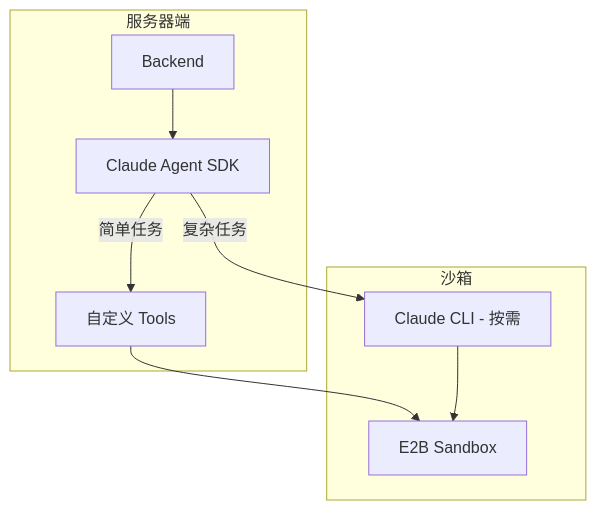
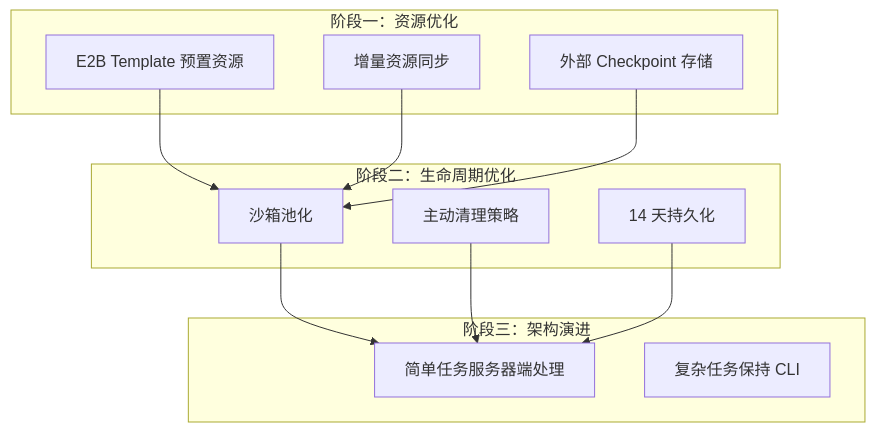
Diagram 23 of 23 in docs/sandbox-lifecycle-analysis.md (yy-dev7/claudex), drawn with Mermaid before and after one commit. The commit also changed other lines of this file, not shown here.

First line of the commit message:
Correct Manus architecture analysis based on research

````diff
--- a/docs/sandbox-lifecycle-analysis.md
+++ b/docs/sandbox-lifecycle-analysis.md
@@ -1099,20 +1231,26 @@
 ```mermaid
 graph TB
-    subgraph "服务器端"
-        BE[Backend]
-        SDK[Claude Agent SDK]
-        TOOLS[自定义 Tools]
+    subgraph "阶段一：资源优化"
+        O1[E2B Template 预置资源]
+        O2[增量资源同步]
+        O3[外部 Checkpoint 存储]
     end
 
-    subgraph "沙箱"
-        SB[E2B Sandbox]
-        CLI[Claude CLI - 按需]
+    subgraph "阶段二：生命周期优化"
+        O4[沙箱池化]
+        O5[主动清理策略]
+        O6[14 天持久化]
     end
 
-    BE --> SDK
-    SDK -->|简单任务| TOOLS
-    TOOLS --> SB
+    subgraph "阶段三：架构演进"
+        O7[简单任务服务器端处理]
+        O8[复杂任务保持 CLI]
+    end
 
-    SDK -->|复杂任务| CLI
-    CLI --> SB
+    O1 --> O4
+    O2 --> O4
+    O3 --> O4
+    O4 --> O7
+    O5 --> O7
+    O6 --> O7
 ```
````
